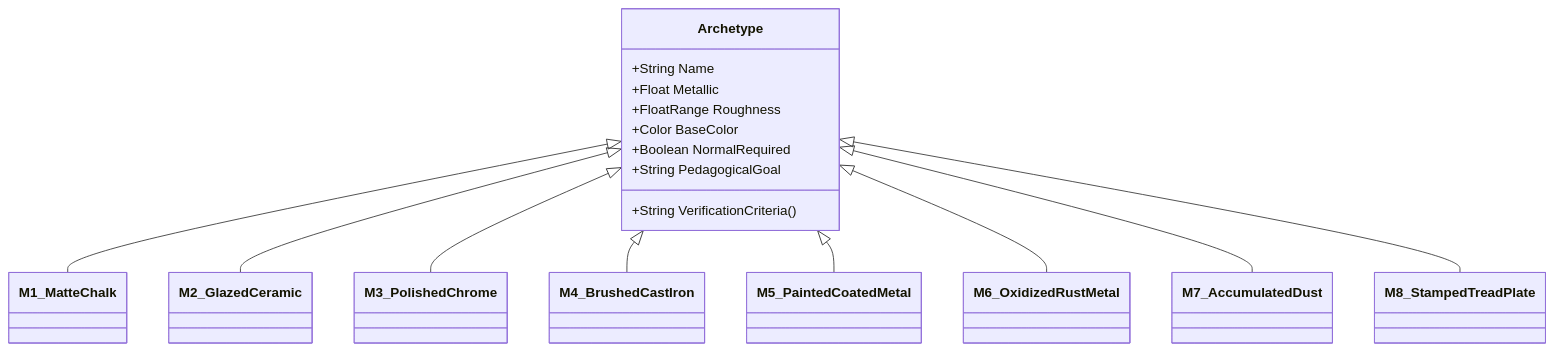
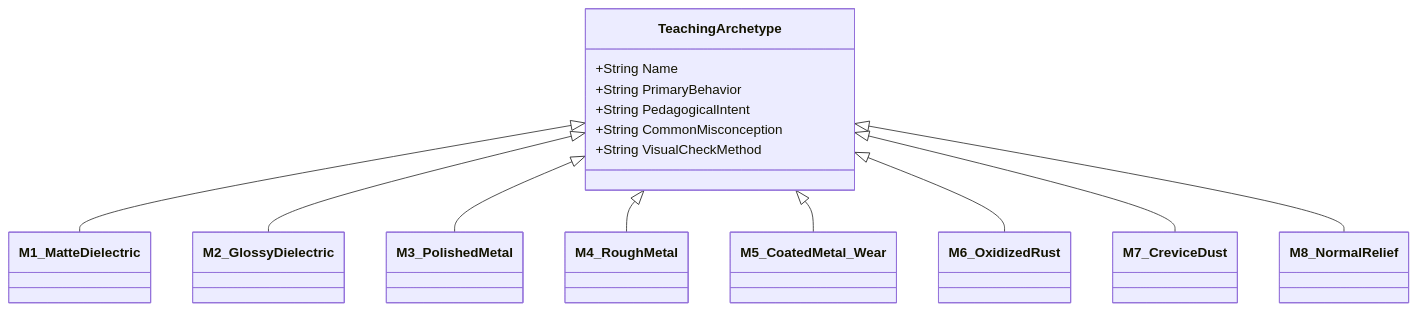
One commit to carllx/corso-pbr-materials changed the second of 2 diagrams in docs/research/material-behavior-map.md. Above: the diagram before and after it, drawn with Mermaid. The commit also changed other lines of this file, not shown here.

Commit message:
docs(research): address Browser review deltas on material behavior map (#20)

````diff
--- a/docs/research/material-behavior-map.md
+++ b/docs/research/material-behavior-map.md
@@ -119,20 +61,18 @@
 ```mermaid
 classDiagram
-  class Archetype {
+  class TeachingArchetype {
     +String Name
-    +Float Metallic
-    +FloatRange Roughness
-    +Color BaseColor
-    +Boolean NormalRequired
-    +String PedagogicalGoal
-    +String VerificationCriteria()
+    +String PrimaryBehavior
+    +String PedagogicalIntent
+    +String CommonMisconception
+    +String VisualCheckMethod
   }
-  Archetype <|-- M1_MatteChalk
-  Archetype <|-- M2_GlazedCeramic
-  Archetype <|-- M3_PolishedChrome
-  Archetype <|-- M4_BrushedCastIron
-  Archetype <|-- M5_PaintedCoatedMetal
-  Archetype <|-- M6_OxidizedRustMetal
-  Archetype <|-- M7_AccumulatedDust
-  Archetype <|-- M8_StampedTreadPlate
+  TeachingArchetype <|-- M1_MatteDielectric
+  TeachingArchetype <|-- M2_GlossyDielectric
+  TeachingArchetype <|-- M3_PolishedMetal
+  TeachingArchetype <|-- M4_RoughMetal
+  TeachingArchetype <|-- M5_CoatedMetal_Wear
+  TeachingArchetype <|-- M6_OxidizedRust
+  TeachingArchetype <|-- M7_CreviceDust
+  TeachingArchetype <|-- M8_NormalRelief
 ```
````
